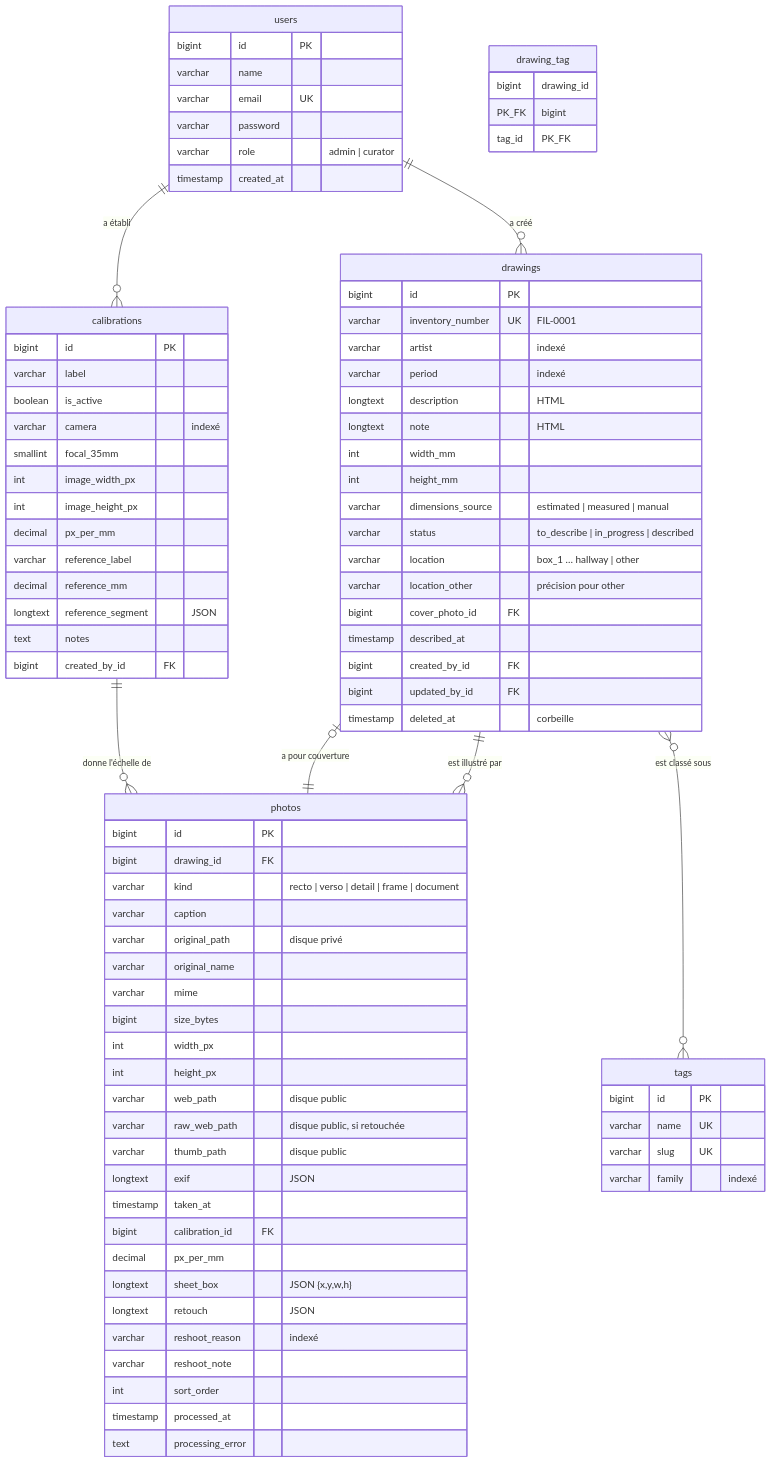
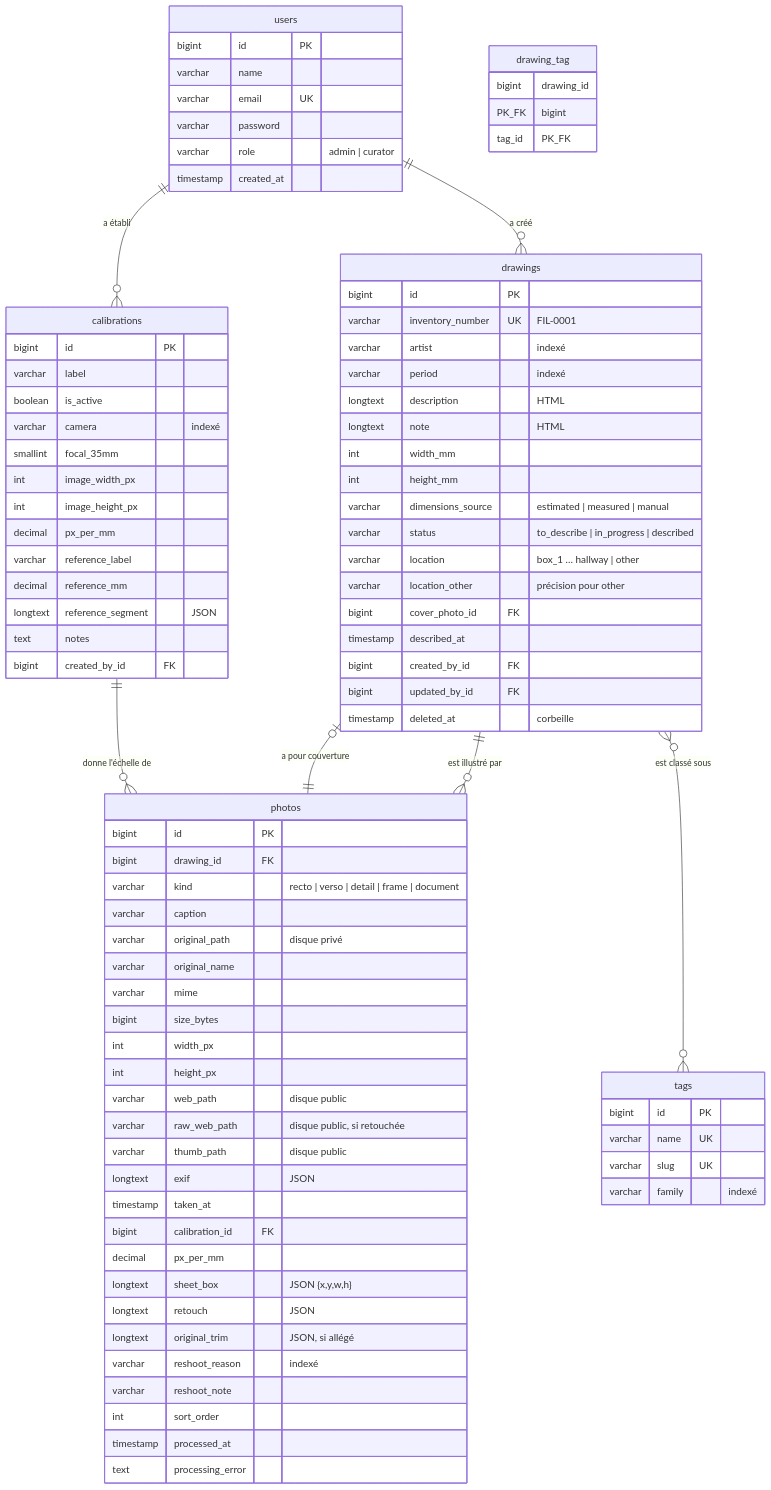
The diagram in DOCS/01-schema-base-de-donnees.md (vistamedia/filigrane), drawn with Mermaid before and after one commit. The commit also changed other lines of this file and 26 other files, not shown here.

```diff
--- a/DOCS/01-schema-base-de-donnees.md
+++ b/DOCS/01-schema-base-de-donnees.md
@@ -66,6 +66,7 @@
         decimal px_per_mm
         longtext sheet_box "JSON {x,y,w,h}"
         longtext retouch "JSON"
+        longtext original_trim "JSON, si allégé"
         varchar reshoot_reason "indexé"
         varchar reshoot_note
         int sort_order
```
